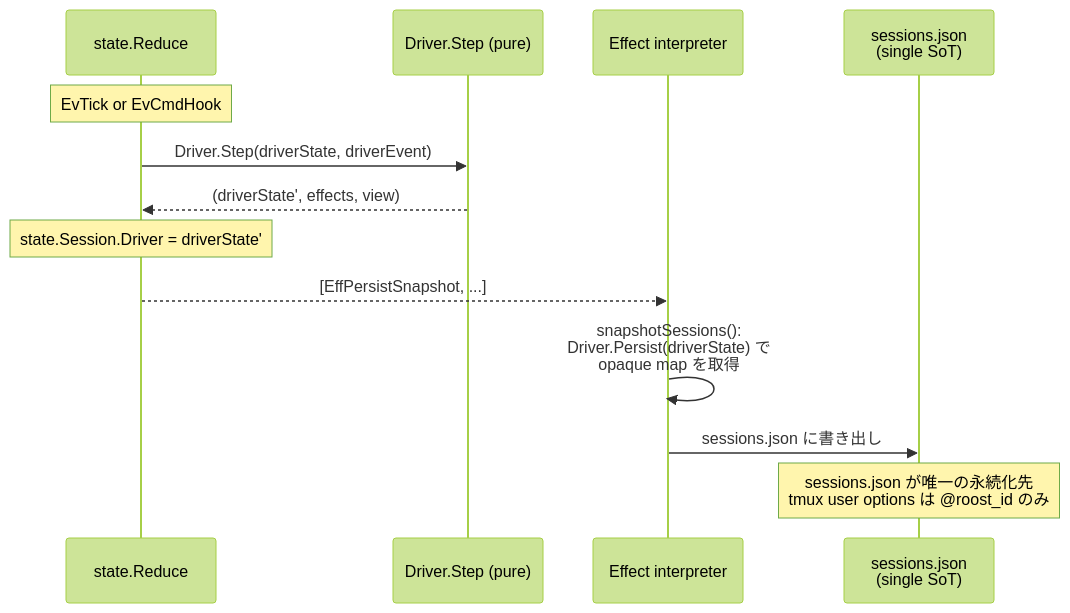
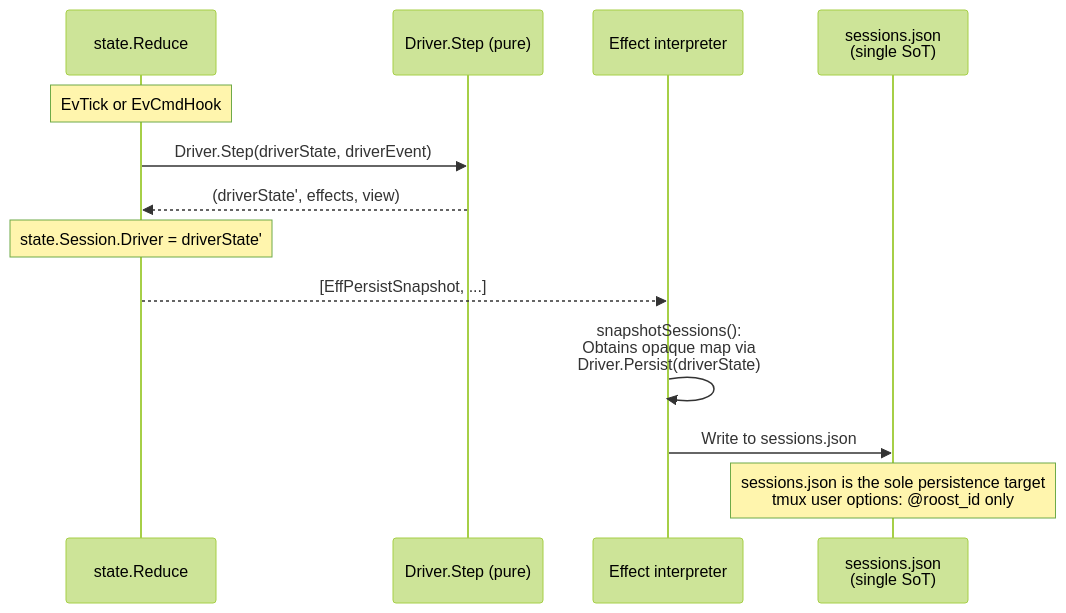
Before and after one commit to takezoh/agent-roost: the second of 3 diagrams in docs/state-monitoring.md, drawn with Mermaid (forest theme). The commit also changed other lines of this file and 7 other files, not shown here.

````diff
--- a/docs/state-monitoring.md
+++ b/docs/state-monitoring.md
@@ -247,16 +99,16 @@
 ```mermaid
 sequenceDiagram
     participant Red as state.Reduce
     participant Drv as Driver.Step (pure)
     participant Interp as Effect interpreter
     participant JSON as sessions.json<br/>(single SoT)
 
     Note over Red: EvTick or EvCmdHook
     Red->>Drv: Driver.Step(driverState, driverEvent)
     Drv-->>Red: (driverState', effects, view)
     Note over Red: state.Session.Driver = driverState'
     Red-->>Interp: [EffPersistSnapshot, ...]
-    Interp->>Interp: snapshotSessions():<br/>Driver.Persist(driverState) で<br/>opaque map を取得
-    Interp->>JSON: sessions.json に書き出し
-    Note over JSON: sessions.json が唯一の永続化先<br/>tmux user options は @roost_id のみ
+    Interp->>Interp: snapshotSessions():<br/>Obtains opaque map via<br/>Driver.Persist(driverState)
+    Interp->>JSON: Write to sessions.json
+    Note over JSON: sessions.json is the sole persistence target<br/>tmux user options: @roost_id only
 ```
````
